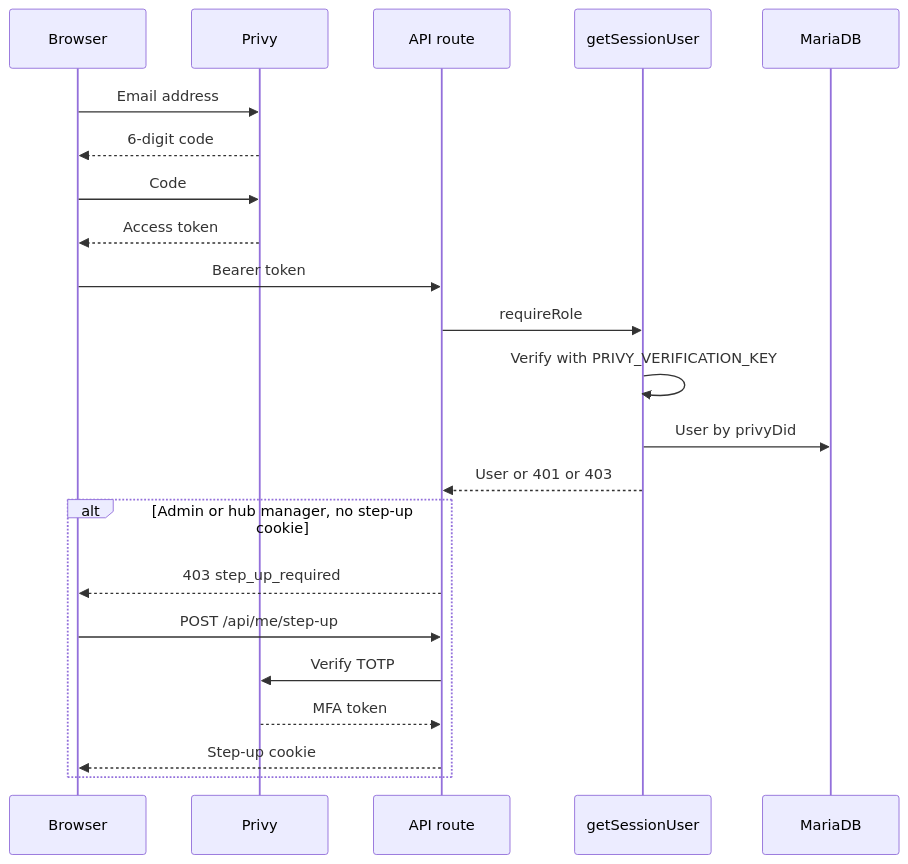
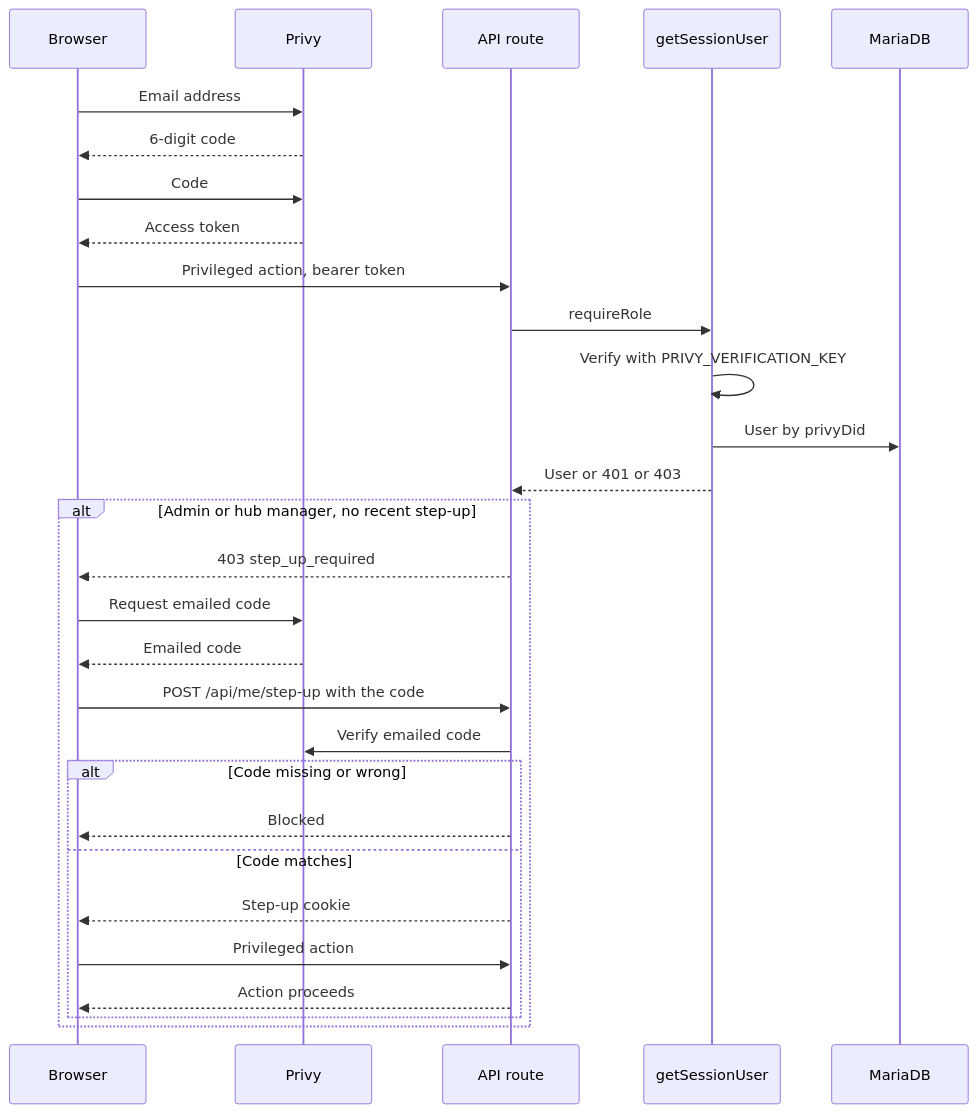
Before and after one commit to christex-foundation/future-of-work: the second of 4 diagrams in docs/architecture/data-flow.md, drawn with Mermaid. The commit also changed other lines of this file and 4 other files, not shown here.

First line of the commit message:
docs: replace admin TOTP step-up with a Privy emailed code

````diff
--- a/docs/architecture/data-flow.md
+++ b/docs/architecture/data-flow.md
@@ -38,24 +38,31 @@
 ```mermaid
 sequenceDiagram
   participant Browser
   participant Privy
   participant API as API route
   participant Session as getSessionUser
   participant DB as MariaDB
   Browser->>Privy: Email address
   Privy-->>Browser: 6-digit code
   Browser->>Privy: Code
   Privy-->>Browser: Access token
-  Browser->>API: Bearer token
+  Browser->>API: Privileged action, bearer token
   API->>Session: requireRole
   Session->>Session: Verify with PRIVY_VERIFICATION_KEY
   Session->>DB: User by privyDid
   Session-->>API: User or 401 or 403
-  alt Admin or hub manager, no step-up cookie
+  alt Admin or hub manager, no recent step-up
     API-->>Browser: 403 step_up_required
-    Browser->>API: POST /api/me/step-up
-    API->>Privy: Verify TOTP
-    Privy-->>API: MFA token
-    API-->>Browser: Step-up cookie
+    Browser->>Privy: Request emailed code
+    Privy-->>Browser: Emailed code
+    Browser->>API: POST /api/me/step-up with the code
+    API->>Privy: Verify emailed code
+    alt Code missing or wrong
+      API-->>Browser: Blocked
+    else Code matches
+      API-->>Browser: Step-up cookie
+      Browser->>API: Privileged action
+      API-->>Browser: Action proceeds
+    end
   end
 ```
````
